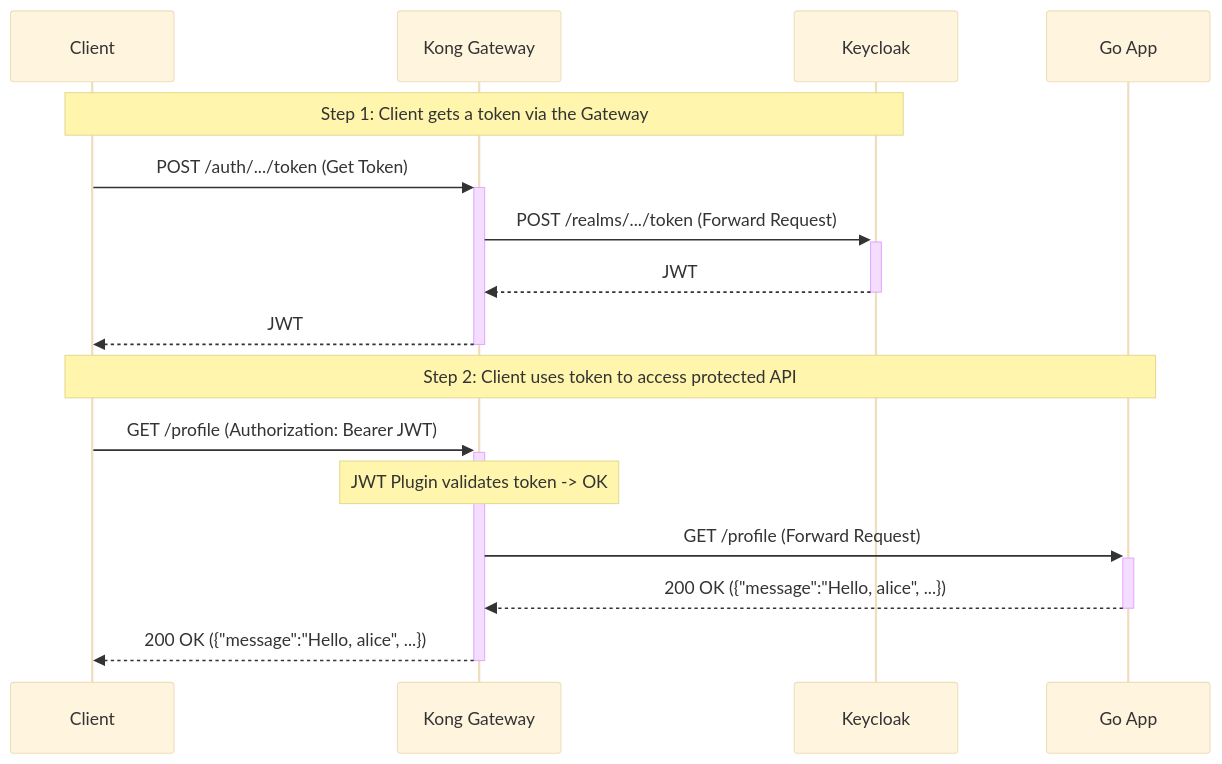
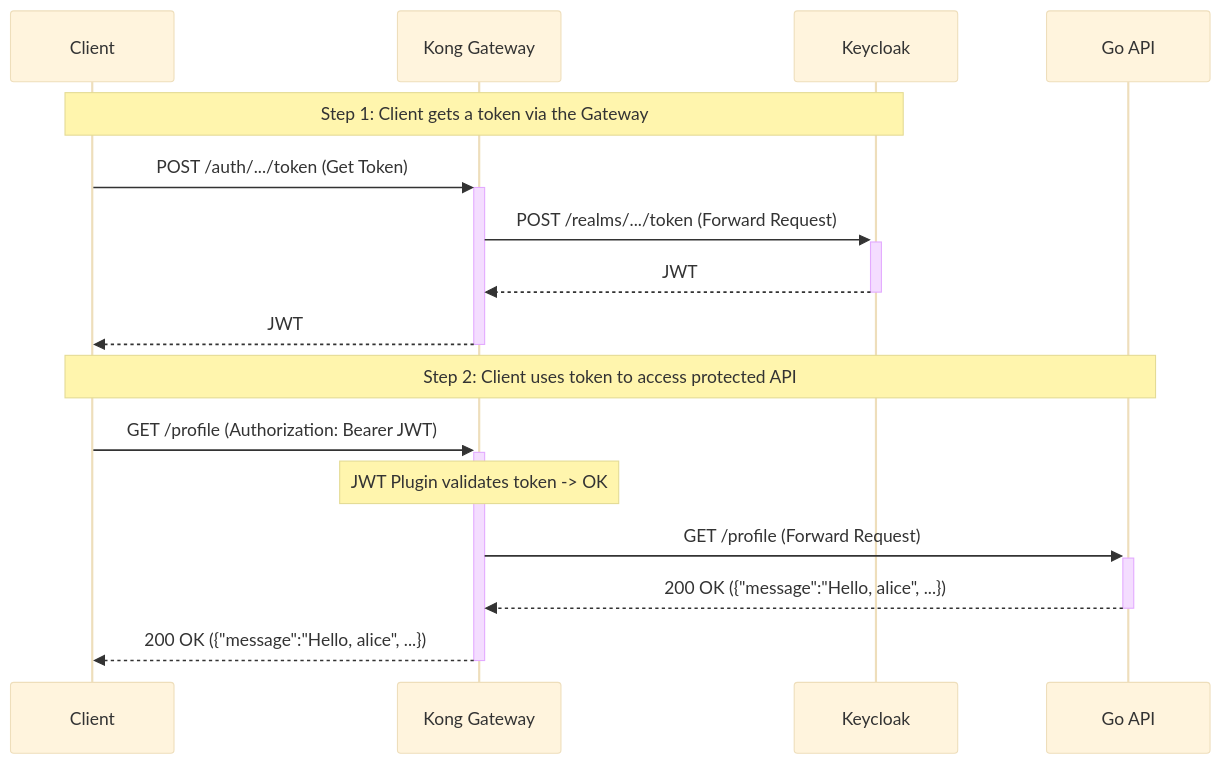
One commit to Palakorn-Voramongkol/golang-kong-keycloak changed the diagram in README.md. Above: the diagram before and after it, drawn with Mermaid (base theme). The commit also changed other lines of this file, not shown here.

````diff
--- a/README.md
+++ b/README.md
@@ -36,22 +36,22 @@
 ```mermaid
 sequenceDiagram
     participant Client
     participant Kong Gateway
     participant Keycloak
-    participant Go App
+    participant Go API
 
     Note over Client, Keycloak: Step 1: Client gets a token via the Gateway
     Client->>+Kong Gateway: POST /auth/.../token (Get Token)
     Kong Gateway->>+Keycloak: POST /realms/.../token (Forward Request)
     Keycloak-->>-Kong Gateway: JWT
     Kong Gateway-->>-Client: JWT
 
-    Note over Client, Go App: Step 2: Client uses token to access protected API
+    Note over Client, Go API: Step 2: Client uses token to access protected API
     Client->>+Kong Gateway: GET /profile (Authorization: Bearer JWT)
     
     Note over Kong Gateway: JWT Plugin validates token -> OK
 
-    Kong Gateway->>+Go App: GET /profile (Forward Request)
-    Go App-->>-Kong Gateway: 200 OK ({"message":"Hello, alice", ...})
+    Kong Gateway->>+Go API: GET /profile (Forward Request)
+    Go API-->>-Kong Gateway: 200 OK ({"message":"Hello, alice", ...})
     Kong Gateway-->>-Client: 200 OK ({"message":"Hello, alice", ...})
 ```
````
